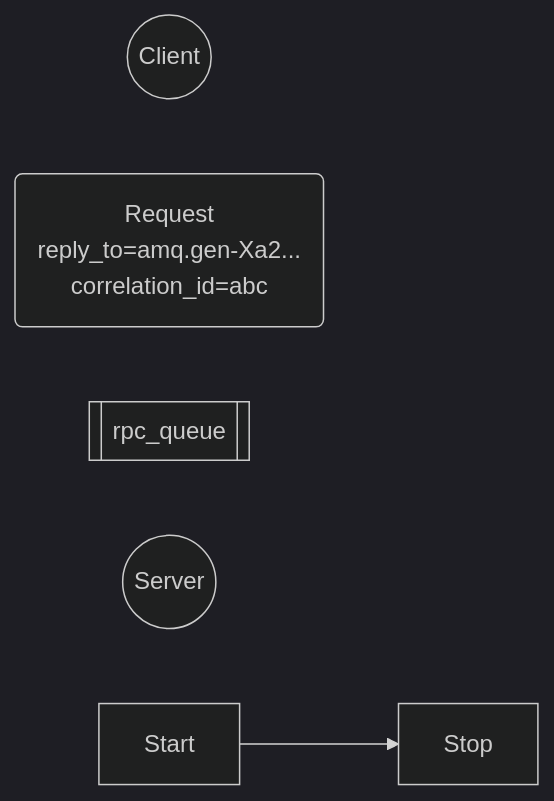
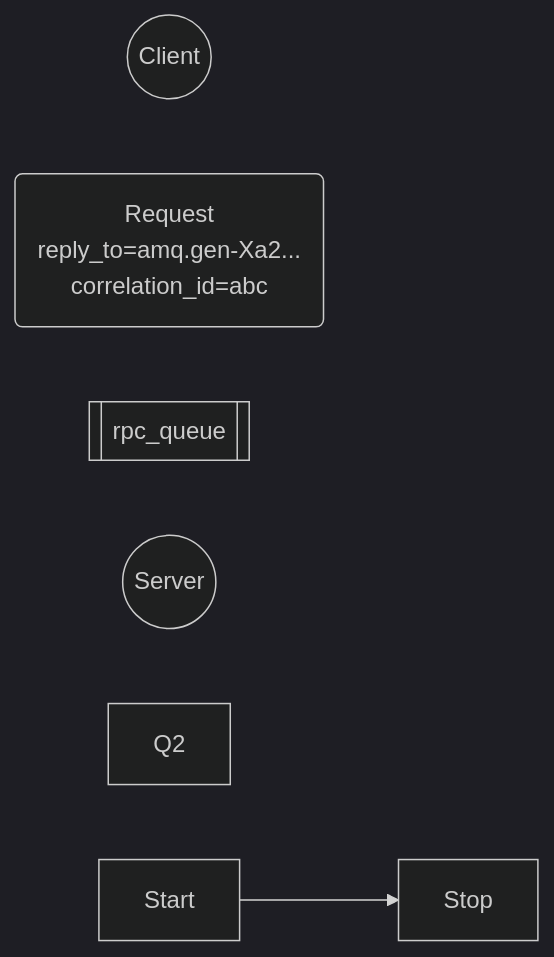
The diagram in all/未命名-7.md (googlelxhgithub/iodraw-files), drawn with Mermaid (dark theme) before and after one commit.

Commit message:
2024-08-30 19:05:59 update

````diff
--- a/all/未命名-7.md
+++ b/all/未命名-7.md
@@ -1,9 +1,10 @@
 ```mermaid
 flowchart LR
     C((Client))
     R(Request\nreply_to=amq.gen-Xa2...\ncorrelation_id=abc)
     Q1[[rpc_queue]]
     S((Server))
+    Q2
     Start --> Stop
   
 ```
````
